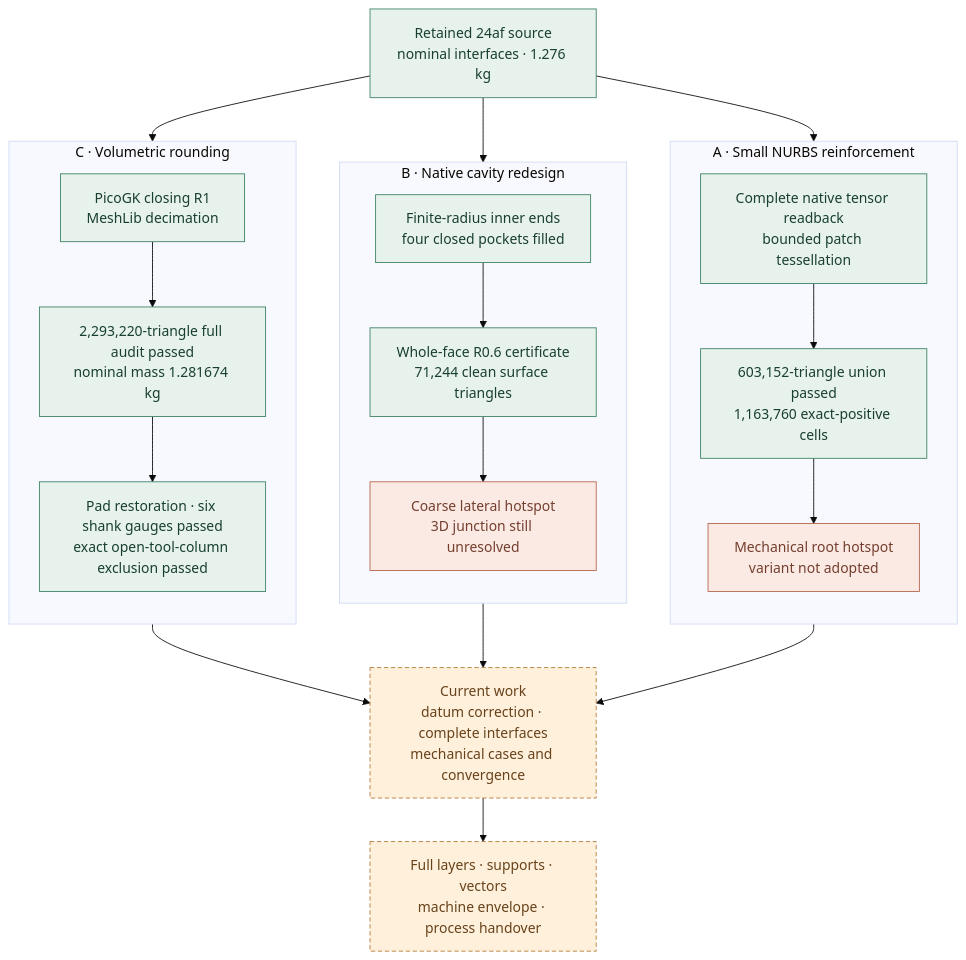
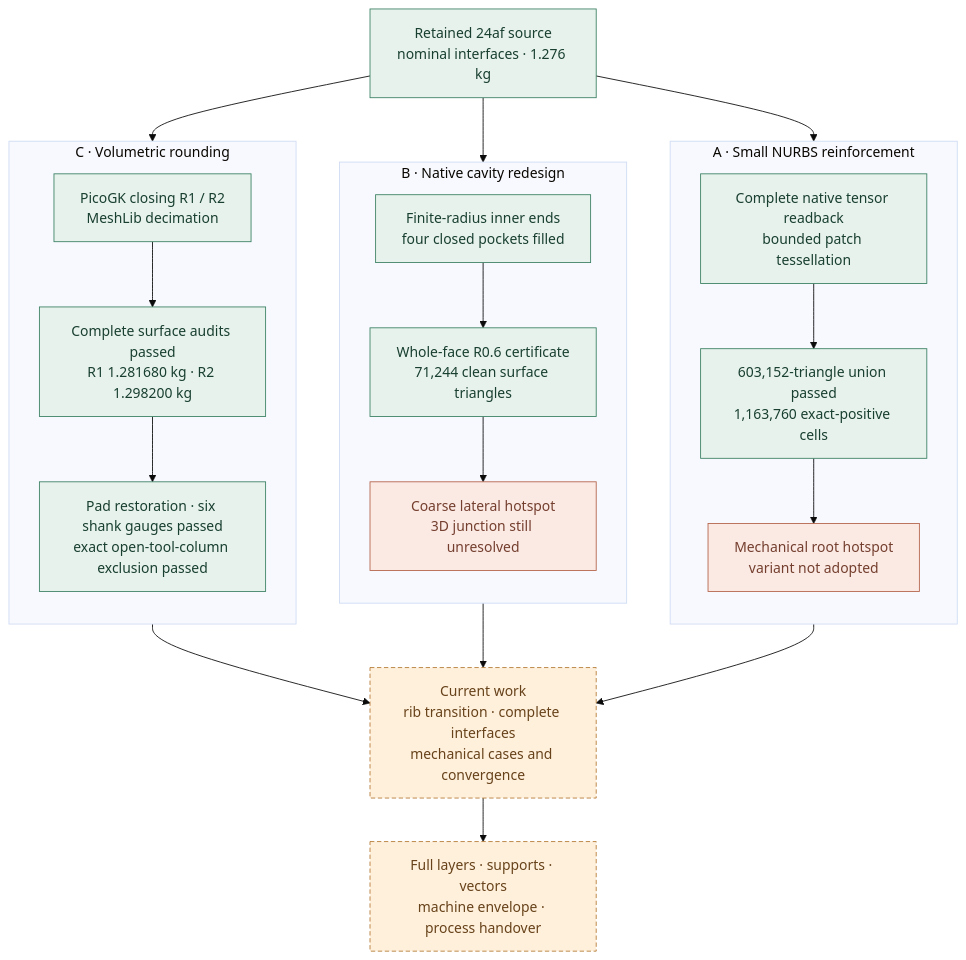
One commit to cluster2600/porscheparts changed the diagram in docs/reports/carrier-resume-20261020/README.md. Above: the diagram before and after it, drawn with Mermaid (base theme). The commit also changed other lines of this file and 68 other files, not shown here.

Commit message:
Add R1 R2 mechanical results, exact mass and clearance certificates

````diff
--- a/docs/reports/carrier-resume-20261020/README.md
+++ b/docs/reports/carrier-resume-20261020/README.md
@@ -60,38 +61,38 @@
 ```mermaid
 flowchart TB
     S["Retained 24af source<br/>nominal interfaces · 1.276 kg"]
     subgraph A["A · Small NURBS reinforcement"]
         direction TB
         A1["Complete native tensor readback<br/>bounded patch tessellation"]
         A2["603,152-triangle union passed<br/>1,163,760 exact-positive cells"]
         A3["Mechanical root hotspot<br/>variant not adopted"]
         A1 --> A2 --> A3
     end
     subgraph B["B · Native cavity redesign"]
         direction TB
         B1["Finite-radius inner ends<br/>four closed pockets filled"]
         B2["Whole-face R0.6 certificate<br/>71,244 clean surface triangles"]
         B3["Coarse lateral hotspot<br/>3D junction still unresolved"]
         B1 --> B2 --> B3
     end
     subgraph C["C · Volumetric rounding"]
         direction TB
-        C1["PicoGK closing R1<br/>MeshLib decimation"]
-        C2["2,293,220-triangle full audit passed<br/>nominal mass 1.281674 kg"]
+        C1["PicoGK closing R1 / R2<br/>MeshLib decimation"]
+        C2["Complete surface audits passed<br/>R1 1.281680 kg · R2 1.298200 kg"]
         C3["Pad restoration · six shank gauges passed<br/>exact open-tool-column exclusion passed"]
         C1 --> C2 --> C3
     end
     S --> A1
     S --> B1
     S --> C1
-    A3 --> D["Current work<br/>datum correction · complete interfaces<br/>mechanical cases and convergence"]
+    A3 --> D["Current work<br/>rib transition · complete interfaces<br/>mechanical cases and convergence"]
     B3 --> D
     C3 --> D
     D --> P["Full layers · supports · vectors<br/>machine envelope · process handover"]
     classDef passed fill:#e7f2ec,stroke:#3b8063,color:#183f30;
     classDef refused fill:#fbe9e4,stroke:#b4644b,color:#743f2e;
     classDef next fill:#fff0dc,stroke:#b47a35,color:#67421a,stroke-dasharray:5 3;
     class S,A1,A2,B1,B2,C1,C2,C3 passed;
     class A3,B3 refused;
     class D,P next;
 ```
````
